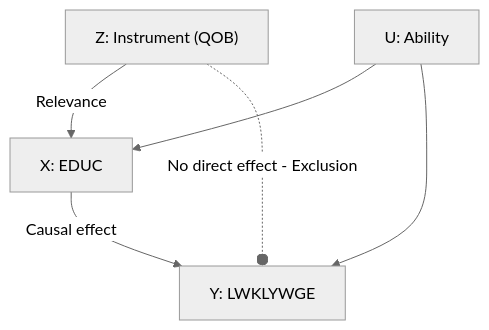
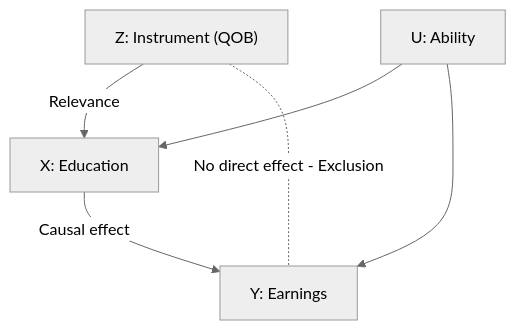
The second of 3 diagrams in iv-intro.qmd (subhamk/talks), drawn with Mermaid (neutral theme) before and after one commit. The commit also changed other lines of this file and 15 other files, not shown here.

````diff
--- a/iv-intro.qmd
+++ b/iv-intro.qmd
@@ -102,11 +127,11 @@
 ```{mermaid}
 %%| echo: false
 flowchart TD
-    Z["Z: Instrument (QOB)"] -->|Relevance| X["X: EDUC"]
-    X -->|Causal effect| Y["Y: LWKLYWGE"]
+    Z["Z: Instrument (QOB)"] -->|Relevance| X["X: Education"]
+    X -->|Causal effect| Y["Y: Earnings"]
     
     U["U: Ability"] --> X
     U --> Y
     
-    Z -.-o|No direct effect - Exclusion| Y
+    Z -.-|No direct effect - Exclusion| Y
 ```
````
